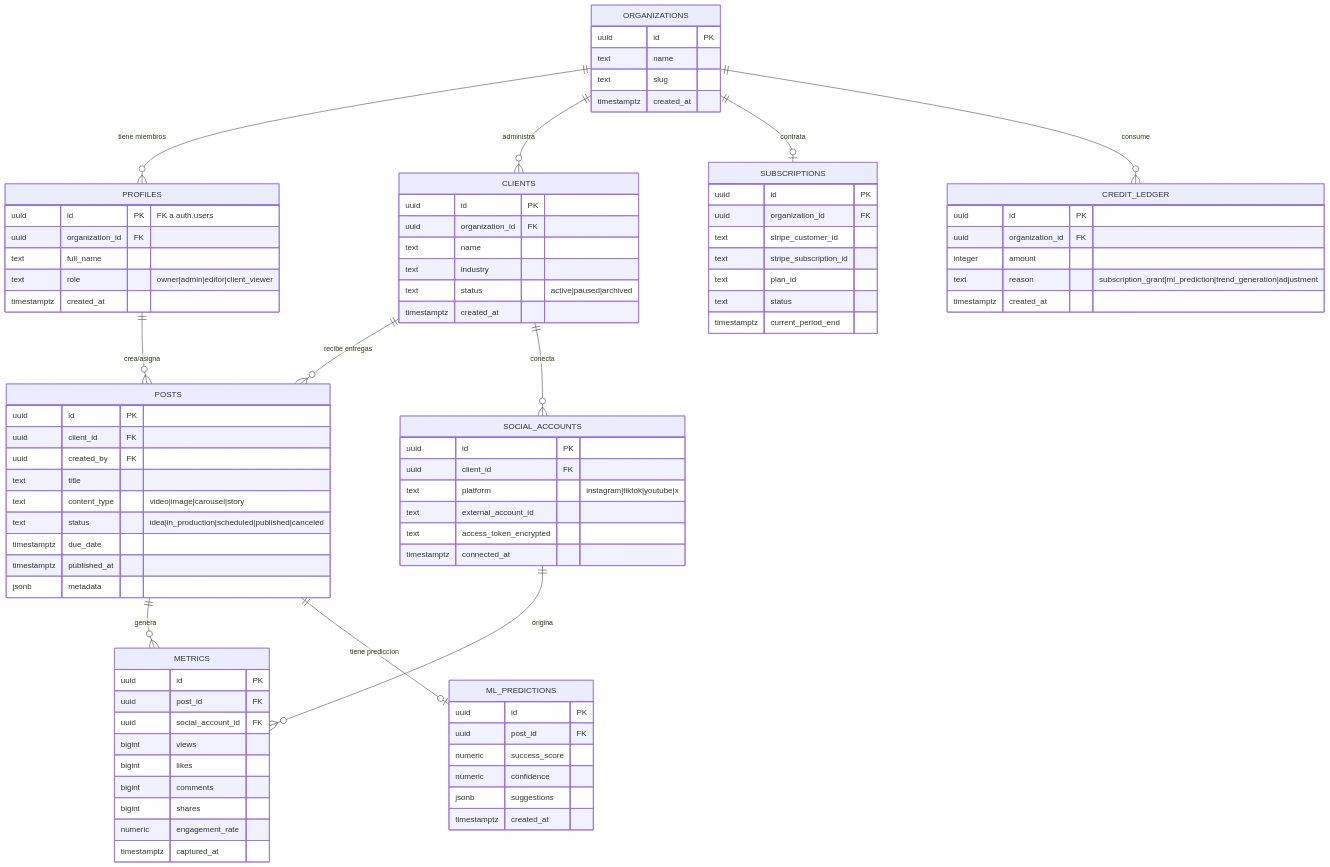
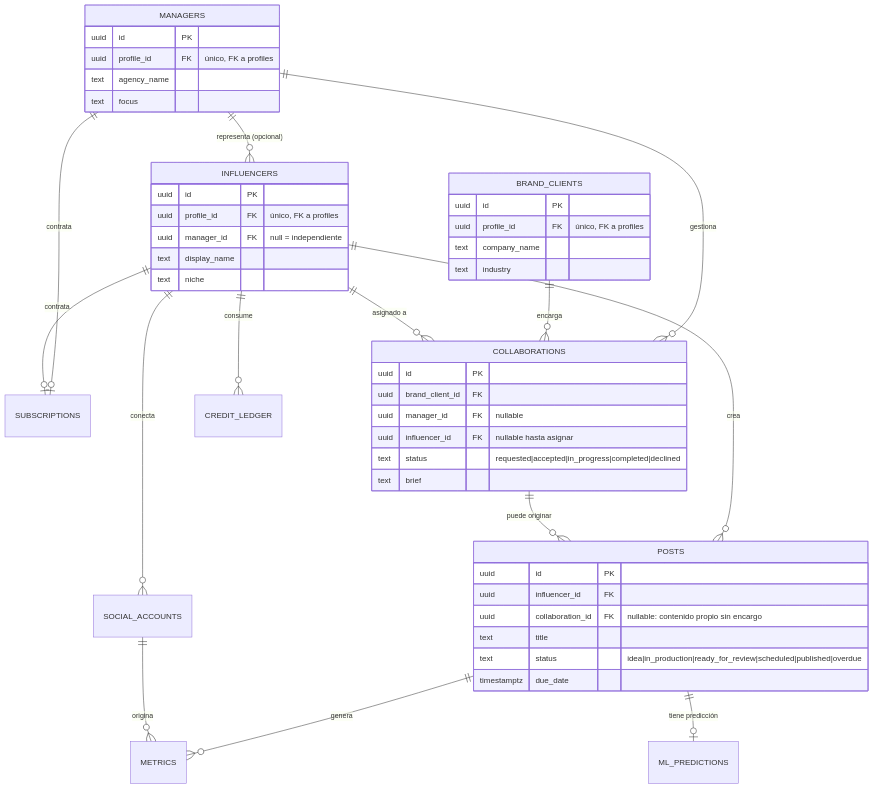
Before and after one commit to MarioHernandezDev/dweb-create: the diagram in docs/2-DATABASE-SCHEMA.md, drawn with Mermaid. The commit also changed other lines of this file and 34 other files, not shown here.

````diff
--- a/docs/2-DATABASE-SCHEMA.md
+++ b/docs/2-DATABASE-SCHEMA.md
@@ -7,89 +15,52 @@
 ```mermaid
 erDiagram
-    ORGANIZATIONS ||--o{ PROFILES : "tiene miembros"
-    ORGANIZATIONS ||--o{ CLIENTS : "administra"
-    ORGANIZATIONS ||--o| SUBSCRIPTIONS : "contrata"
-    ORGANIZATIONS ||--o{ CREDIT_LEDGER : "consume"
-    CLIENTS ||--o{ POSTS : "recibe entregas"
+    MANAGERS ||--o{ INFLUENCERS : "representa (opcional)"
+    MANAGERS ||--o| SUBSCRIPTIONS : "contrata"
+    MANAGERS ||--o{ COLLABORATIONS : "gestiona"
+    BRAND_CLIENTS ||--o{ COLLABORATIONS : "encarga"
+    INFLUENCERS ||--o{ COLLABORATIONS : "asignado a"
+    INFLUENCERS ||--o| SUBSCRIPTIONS : "contrata"
+    INFLUENCERS ||--o{ POSTS : "crea"
+    INFLUENCERS ||--o{ SOCIAL_ACCOUNTS : "conecta"
+    INFLUENCERS ||--o{ CREDIT_LEDGER : "consume"
+    COLLABORATIONS ||--o{ POSTS : "puede originar"
     POSTS ||--o{ METRICS : "genera"
-    POSTS ||--o| ML_PREDICTIONS : "tiene prediccion"
-    PROFILES ||--o{ POSTS : "crea/asigna"
-    CLIENTS ||--o{ SOCIAL_ACCOUNTS : "conecta"
+    POSTS ||--o| ML_PREDICTIONS : "tiene predicción"
     SOCIAL_ACCOUNTS ||--o{ METRICS : "origina"
 
-    ORGANIZATIONS {
+    MANAGERS {
         uuid id PK
-        text name
-        text slug
-        timestamptz created_at
+        uuid profile_id FK "único, FK a profiles"
+        text agency_name
+        text focus
     }
-    PROFILES {
-        uuid id PK "FK a auth.users"
-        uuid organization_id FK
-        text full_name
-        text role "owner|admin|editor|client_viewer"
-        timestamptz created_at
+    INFLUENCERS {
+        uuid id PK
+        uuid profile_id FK "único, FK a profiles"
+        uuid manager_id FK "null = independiente"
+        text display_name
+        text niche
     }
-    CLIENTS {
+    BRAND_CLIENTS {
         uuid id PK
-        uuid organization_id FK
-        text name
+        uuid profile_id FK "único, FK a profiles"
+        text company_name
         text industry
-        text status "active|paused|archived"
-        timestamptz created_at
     }
-    SOCIAL_ACCOUNTS {
+    COLLABORATIONS {
         uuid id PK
-        uuid client_id FK
-        text platform "instagram|tiktok|youtube|x"
-        text external_account_id
-        text access_token_encrypted
-        timestamptz connected_at
+        uuid brand_client_id FK
+        uuid manager_id FK "nullable"
+        uuid influencer_id FK "nullable hasta asignar"
+        text status "requested|accepted|in_progress|completed|declined"
+        text brief
     }
     POSTS {
         uuid id PK
-        uuid client_id FK
-        uuid created_by FK
+        uuid influencer_id FK
+        uuid collaboration_id FK "nullable: contenido propio sin encargo"
         text title
-        text content_type "video|image|carousel|story"
-        text status "idea|in_production|scheduled|published|canceled"
+        text status "idea|in_production|ready_for_review|scheduled|published|overdue"
         timestamptz due_date
-        timestamptz published_at
-        jsonb metadata
-    }
-    METRICS {
-        uuid id PK
-        uuid post_id FK
-        uuid social_account_id FK
-        bigint views
-        bigint likes
-        bigint comments
-        bigint shares
-        numeric engagement_rate
-        timestamptz captured_at
-    }
-    ML_PREDICTIONS {
-        uuid id PK
-        uuid post_id FK
-        numeric success_score
-        numeric confidence
-        jsonb suggestions
-        timestamptz created_at
-    }
-    SUBSCRIPTIONS {
-        uuid id PK
-        uuid organization_id FK
-        text stripe_customer_id
-        text stripe_subscription_id
-        text plan_id
-        text status
-        timestamptz current_period_end
-    }
-    CREDIT_LEDGER {
-        uuid id PK
-        uuid organization_id FK
-        integer amount
-        text reason "subscription_grant|ml_prediction|trend_generation|adjustment"
-        timestamptz created_at
     }
 ```
````
